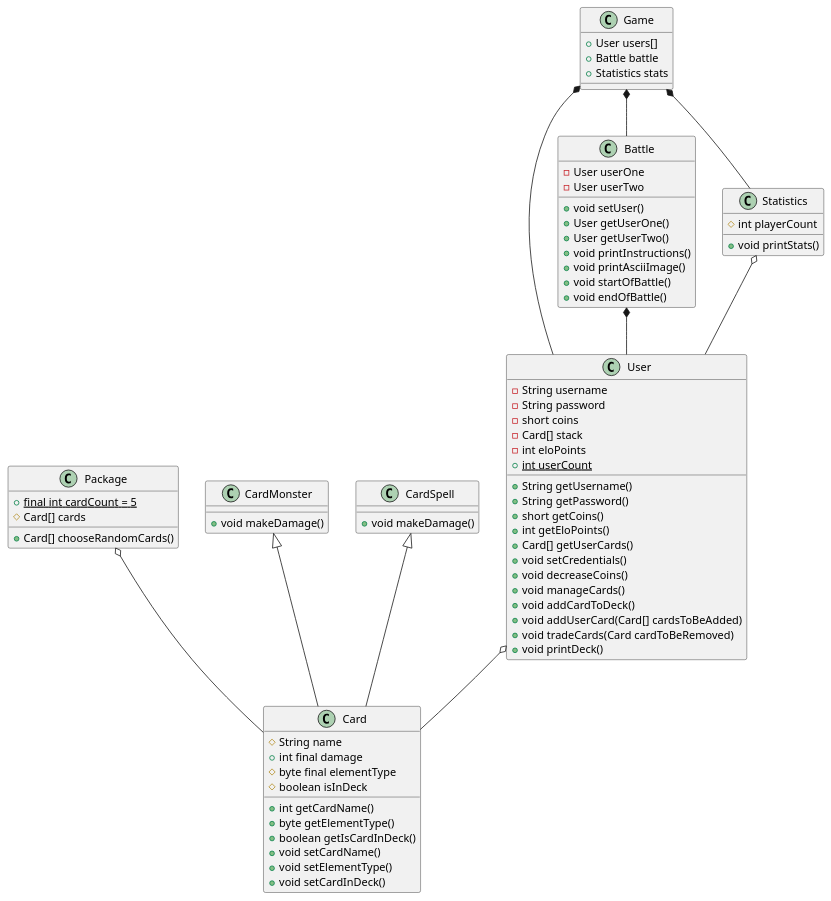
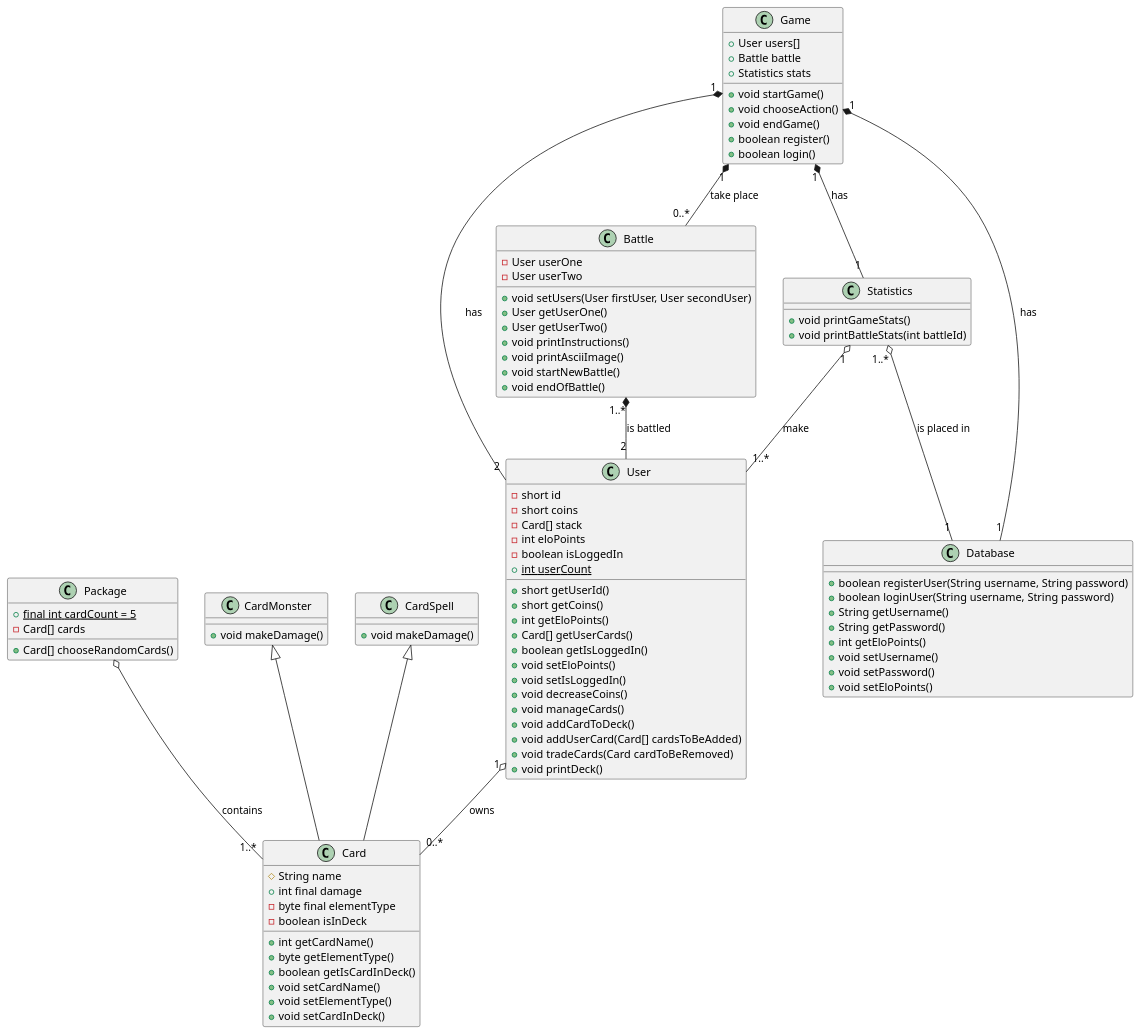
The diagram in src/main/java/projekt.puml (VladanPetkovic/SE_Semesterprojekt), drawn with PlantUML before and after one commit.

Commit message:
updated UML diagram - almost finished with design

```diff
--- a/src/main/java/projekt.puml
+++ b/src/main/java/projekt.puml
@@ -1,83 +1,102 @@
 @startuml
 class User
 {
-    -String username
-    -String password
+    -short id
     -short coins
     -Card[] stack
     -int eloPoints
+    -boolean isLoggedIn
     +{static} int userCount
-    +String getUsername()
-    +String getPassword()
+    +short getUserId()
     +short getCoins()
     +int getEloPoints()
     +Card[] getUserCards()
-    +void setCredentials()
+    +boolean getIsLoggedIn()
+    +void setEloPoints()
+    +void setIsLoggedIn()
     +void decreaseCoins()
     +void manageCards()
     +void addCardToDeck()
     +void addUserCard(Card[] cardsToBeAdded)
     +void tradeCards(Card cardToBeRemoved)
     +void printDeck()
 }
 class Package
 {
     +{static} final int cardCount = 5
-    #Card[] cards
+    -Card[] cards
     +Card[] chooseRandomCards()
 }
 class Card
 {
     #String name
     +int final damage
-    #byte final elementType
-    #boolean isInDeck
+    -byte final elementType
+    -boolean isInDeck
     +int getCardName()
     +byte getElementType()
     +boolean getIsCardInDeck()
     +void setCardName()
     +void setElementType()
     +void setCardInDeck()
 }
 class CardMonster
 {
     +void makeDamage()
 }
 class CardSpell
 {
     +void makeDamage()
 }
 class Battle
 {
     -User userOne
     -User userTwo
-    +void setUser()
+    +void setUsers(User firstUser, User secondUser)
     +User getUserOne()
     +User getUserTwo()
     +void printInstructions()
     +void printAsciiImage()
-    +void startOfBattle()
+    +void startNewBattle()
     +void endOfBattle()
 }
 class Game
 {
     +User users[]
     +Battle battle
     +Statistics stats
+    +void startGame()
+    +void chooseAction()
+    +void endGame()
+    +boolean register()
+    +boolean login()
 }
 class Statistics
 {
-    #int playerCount
-    +void printStats()
+    +void printGameStats()
+    +void printBattleStats(int battleId)
+}
+class Database
+{
+    +boolean registerUser(String username, String password)
+    +boolean loginUser(String username, String password)
+    +String getUsername()
+    +String getPassword()
+    +int getEloPoints()
+    +void setUsername()
+    +void setPassword()
+    +void setEloPoints()
 }
 
 CardMonster <|-- Card
 CardSpell <|-- Card
-User o-- Card
-Game *-- Battle
-Game *-- Statistics
-Game *-- User
-Package o-- Card
-Battle *-- User
-Statistics o-- User
+User "1" o-- "0..*" Card : "owns"
+Game "1" *-- "0..*" Battle : "take place"
+Game "1" *-- "1" Statistics : "has"
+Game "1" *-- "2" User : "has"
+Game "1" *-- "1" Database : "has"
+Package o-- "1..*" Card : "contains"
+Battle "1..*" *-- "2" User : "is battled"
+Statistics "1" o-- "1..*" User : "make"
+Statistics "1..*" o-- "1" Database : "is placed in"
 @enduml
```
